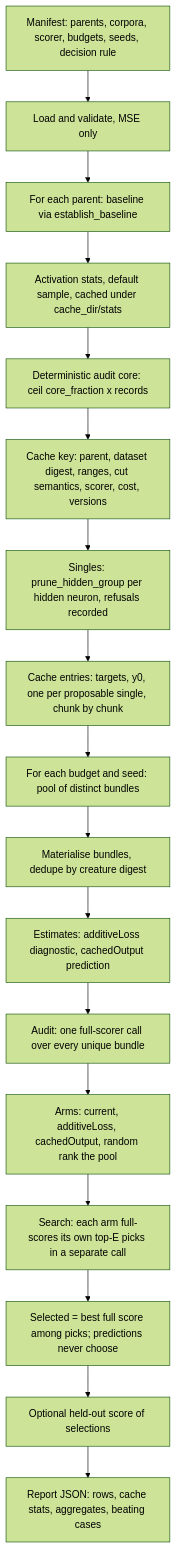
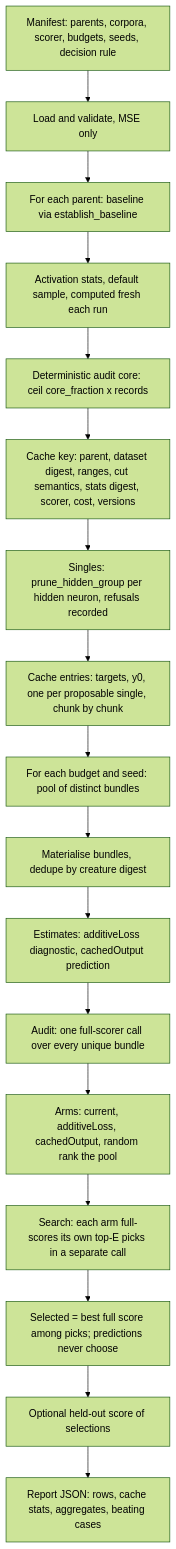
The diagram in docs/additivity-experiment.md (stSoftwareAU/NEAT-AI-Ockham), drawn with Mermaid (forest theme) before and after one commit. The commit also changed other lines of this file and 4 other files, not shown here.

First line of the commit message:
Address review: stats digest in cache key, scorer cost check, gain-based promotions (#260)

````diff
--- a/docs/additivity-experiment.md
+++ b/docs/additivity-experiment.md
@@ -35,19 +35,19 @@
 ```mermaid
 flowchart TD
     M[Manifest: parents, corpora, scorer, budgets, seeds, decision rule] --> L[Load and validate, MSE only]
     L --> P[For each parent: baseline via establish_baseline]
-    P --> S[Activation stats, default sample, cached under cache_dir/stats]
+    P --> S[Activation stats, default sample, computed fresh each run]
     S --> C[Deterministic audit core: ceil core_fraction x records]
-    C --> K[Cache key: parent, dataset digest, ranges, cut semantics, scorer, cost, versions]
+    C --> K[Cache key: parent, dataset digest, ranges, cut semantics, stats digest, scorer, cost, versions]
     K --> E[Singles: prune_hidden_group per hidden neuron, refusals recorded]
     E --> O[Cache entries: targets, y0, one per proposable single, chunk by chunk]
     O --> R[For each budget and seed: pool of distinct bundles]
     R --> Q[Materialise bundles, dedupe by creature digest]
     Q --> A[Estimates: additiveLoss diagnostic, cachedOutput prediction]
     A --> F[Audit: one full-scorer call over every unique bundle]
     F --> G[Arms: current, additiveLoss, cachedOutput, random rank the pool]
     G --> H[Search: each arm full-scores its own top-E picks in a separate call]
     H --> V[Selected = best full score among picks; predictions never choose]
     V --> X[Optional held-out score of selections]
     X --> REP[Report JSON: rows, cache stats, aggregates, beating cases]
 ```
````
